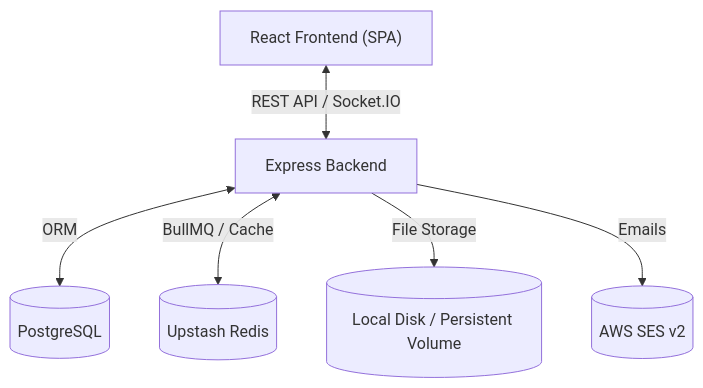
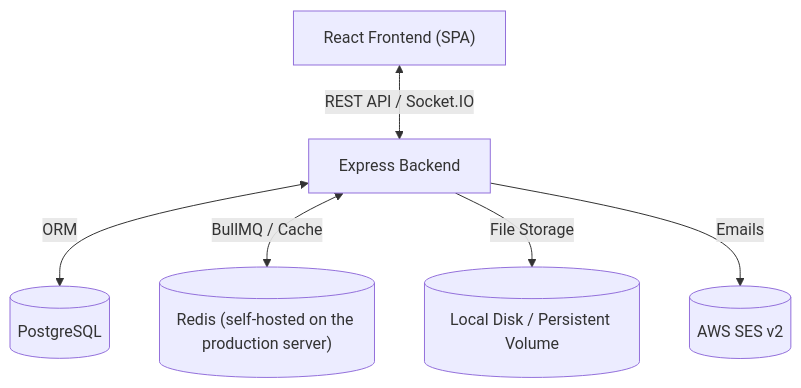
Before and after one commit to suvojit004/jobsforwomen: the first of 2 diagrams in docs/01_PROJECT_OVERVIEW.md, drawn with Mermaid. The commit also changed other lines of this file and 18 other files, not shown here.

````diff
--- a/docs/01_PROJECT_OVERVIEW.md
+++ b/docs/01_PROJECT_OVERVIEW.md
@@ -27,8 +27,8 @@
 ```mermaid
 graph TD
     Client["React Frontend (SPA)"] <-->|REST API / Socket.IO| Server["Express Backend"]
     Server <-->|ORM| DB[("PostgreSQL")]
-    Server <-->|BullMQ / Cache| Redis[("Upstash Redis")]
+    Server <-->|BullMQ / Cache| Redis[("Redis (self-hosted on the production server)")]
     Server -->|File Storage| Disk[("Local Disk / Persistent Volume")]
     Server -->|Emails| SES[("AWS SES v2")]
 ```
````
